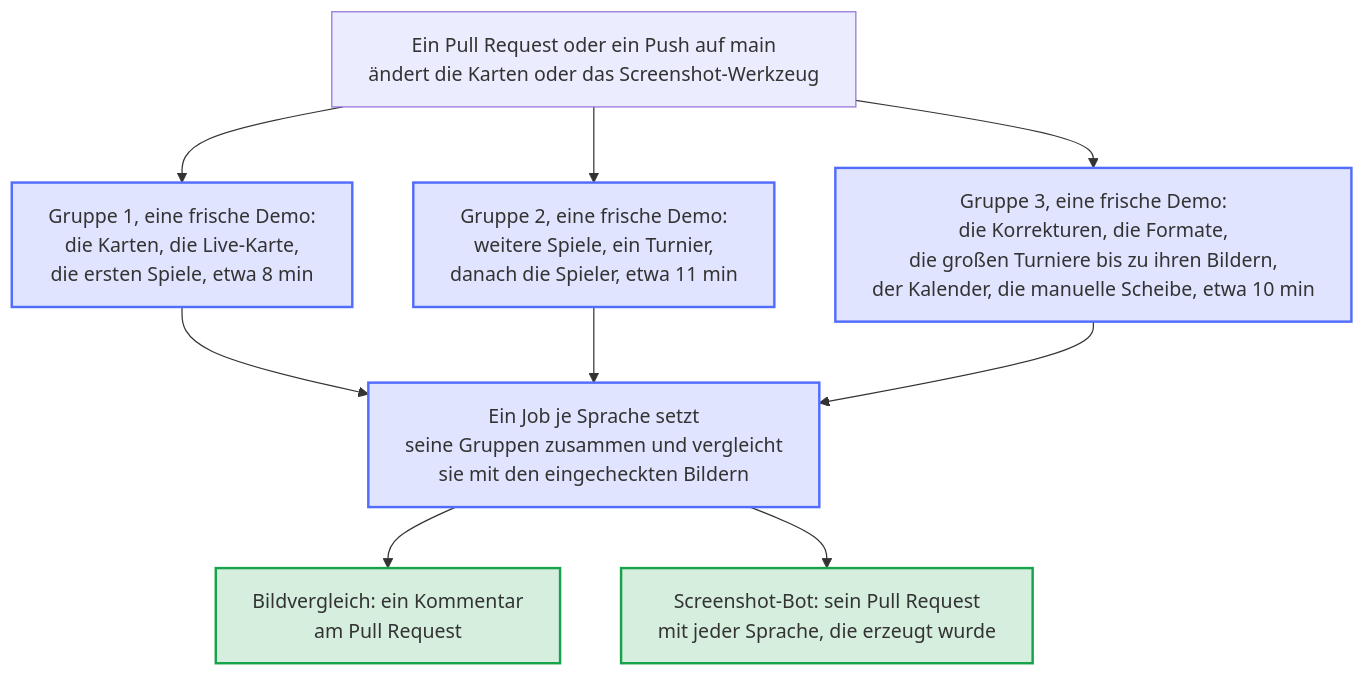
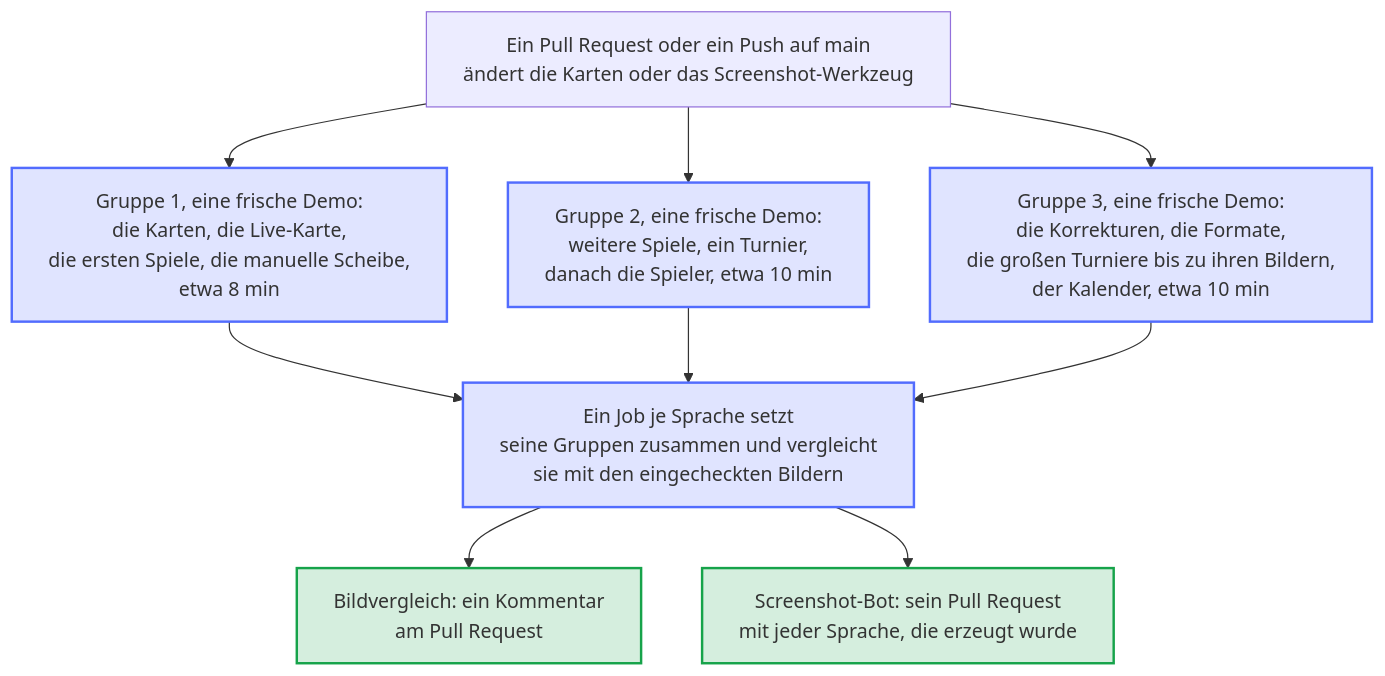
Before and after one commit to Dennis-Otto/homedarts-for-autodarts: the diagram in docs/diagrams/screenshot-groups.de.mmd, drawn with Mermaid. The commit also changed 11 other files, not shown here.

First line of the commit message:
perf(ci): move the dartboard without Autodarts to the first screenshot group

```diff
--- a/docs/diagrams/screenshot-groups.de.mmd
+++ b/docs/diagrams/screenshot-groups.de.mmd
@@ -1,21 +1,21 @@
 ---
 config:
   flowchart:
     wrappingWidth: 400
 ---
 flowchart TB
   accTitle: Wie Bildvergleich und Screenshot-Bot die Bilder in Gruppen erzeugen
-  accDescr: Jede Sprache wird in drei Gruppen gleichzeitig erzeugt, jede Gruppe auf einem eigenen Runner aus einer frischen Demo. Die Karten und die ersten Spiele bilden Gruppe 1, weitere Spiele mit den Spielern Gruppe 2, die Korrekturen eines Darts, die Formate, die großen Turniere, der Kalender und die Dartscheibe ohne Autodarts Gruppe 3. Danach setzt ein Job je Sprache die Bilder seiner drei Gruppen zusammen und vergleicht sie mit den eingecheckten Bildern. Der Bildvergleich schreibt den Vergleich in einen Kommentar am Pull Request; der Screenshot-Bot aktualisiert seinen Pull Request mit jeder Sprache, die erzeugt wurde.
+  accDescr: Jede Sprache wird in drei Gruppen gleichzeitig erzeugt, jede Gruppe auf einem eigenen Runner aus einer frischen Demo. Die Karten, die ersten Spiele und die Dartscheibe ohne Autodarts bilden Gruppe 1, weitere Spiele mit den Spielern Gruppe 2, die Korrekturen eines Darts, die Formate, die großen Turniere und der Kalender Gruppe 3. Danach setzt ein Job je Sprache die Bilder seiner drei Gruppen zusammen und vergleicht sie mit den eingecheckten Bildern. Der Bildvergleich schreibt den Vergleich in einen Kommentar am Pull Request; der Screenshot-Bot aktualisiert seinen Pull Request mit jeder Sprache, die erzeugt wurde.
 
   START["Ein Pull Request oder ein Push auf main<br/>ändert die Karten oder das Screenshot-Werkzeug"] --> G1 & G2 & G3
-  G1["Gruppe 1, eine frische Demo:<br/>die Karten, die Live-Karte,<br/>die ersten Spiele, etwa 8 min"]
-  G2["Gruppe 2, eine frische Demo:<br/>weitere Spiele, ein Turnier,<br/>danach die Spieler, etwa 11 min"]
-  G3["Gruppe 3, eine frische Demo:<br/>die Korrekturen, die Formate,<br/>die großen Turniere bis zu ihren Bildern,<br/>der Kalender, die manuelle Scheibe, etwa 10 min"]
+  G1["Gruppe 1, eine frische Demo:<br/>die Karten, die Live-Karte,<br/>die ersten Spiele, die manuelle Scheibe,<br/>etwa 8 min"]
+  G2["Gruppe 2, eine frische Demo:<br/>weitere Spiele, ein Turnier,<br/>danach die Spieler, etwa 10 min"]
+  G3["Gruppe 3, eine frische Demo:<br/>die Korrekturen, die Formate,<br/>die großen Turniere bis zu ihren Bildern,<br/>der Kalender, etwa 10 min"]
   G1 & G2 & G3 --> COLLECT["Ein Job je Sprache setzt<br/>seine Gruppen zusammen und vergleicht<br/>sie mit den eingecheckten Bildern"]
   COLLECT --> COMMENT["Bildvergleich: ein Kommentar<br/>am Pull Request"]
   COLLECT --> BOT["Screenshot-Bot: sein Pull Request<br/>mit jeder Sprache, die erzeugt wurde"]
 
   classDef bot fill:#526cfe2e,stroke:#526cfe,stroke-width:2px
   classDef done fill:#16a34a2e,stroke:#16a34a,stroke-width:2px
   class G1,G2,G3,COLLECT bot
   class COMMENT,BOT done
```
